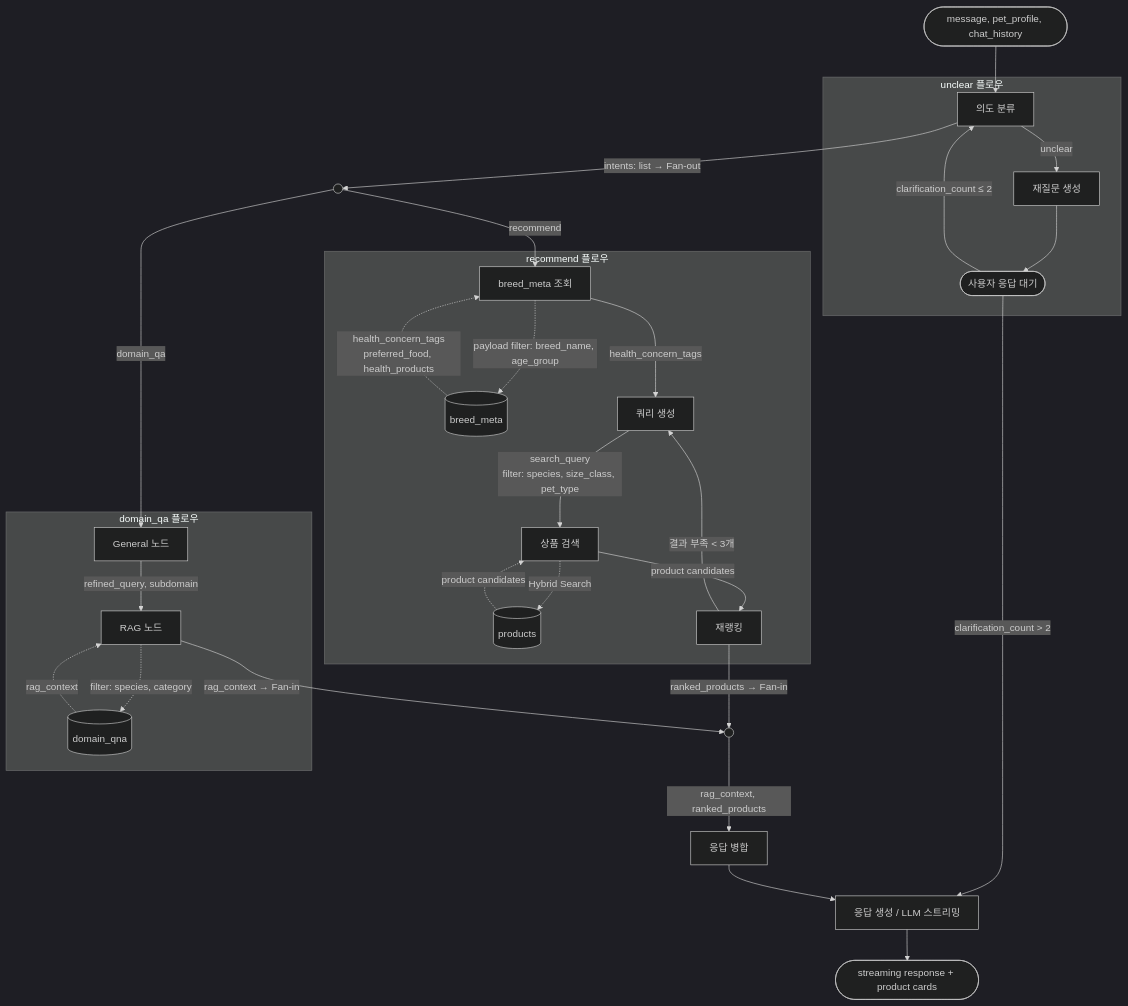
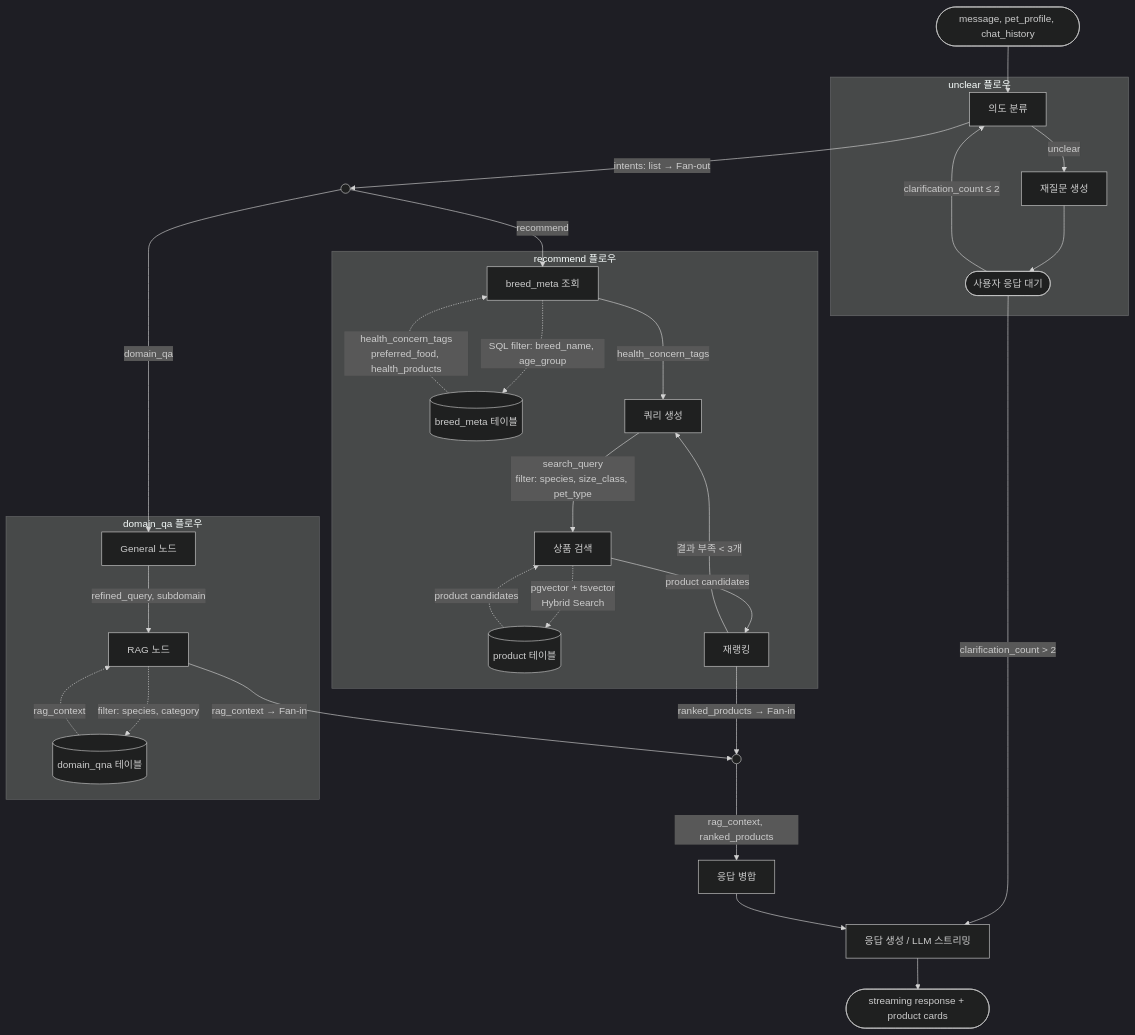
One commit to skn-ai22-251029/SKN22-Final-2Team-WEB changed the diagram in docs/planning/07_recommendation_architecture.md. Above: the diagram before and after it, drawn with Mermaid (dark theme). The commit also changed other lines of this file and 13 other files, not shown here.

First line of the commit message:
feat(products): Qdrant → pgvector 마이그레이션 — Dense + Kiwi tsvector Hybrid Search

````diff
--- a/docs/planning/07_recommendation_architecture.md
+++ b/docs/planning/07_recommendation_architecture.md
@@ -59,44 +59,44 @@
 ```mermaid
 flowchart TD
     START(["message, pet_profile, chat_history"]) --> INTENT
 
     INTENT[의도 분류]
     INTENT -->|"intents: list → Fan-out"| FORK(( ))
     INTENT -->|unclear| CLARIFY
 
     FORK -->|domain_qa| GENERAL
     FORK -->|recommend| PROFILE
 
     subgraph domain_qa 플로우
         GENERAL[General 노드]
         GENERAL -->|"refined_query, subdomain"| RAG[RAG 노드]
-        RAG -.->|"filter: species, category"| QNA[(domain_qna)]
+        RAG -.->|"filter: species, category"| QNA[(domain_qna 테이블)]
         QNA -.->|"rag_context"| RAG
     end
 
     subgraph recommend 플로우
         PROFILE[breed_meta 조회]
-        PROFILE -.->|"payload filter: breed_name, age_group"| BREED[(breed_meta)]
+        PROFILE -.->|"SQL filter: breed_name, age_group"| BREED[(breed_meta 테이블)]
         BREED -.->|"health_concern_tags<br>preferred_food, health_products"| PROFILE
         PROFILE -->|"health_concern_tags"| QUERY[쿼리 생성]
         QUERY -->|"search_query<br>filter: species, size_class, pet_type"| SEARCH[상품 검색]
-        SEARCH -.->|Hybrid Search| PRODUCTS[(products)]
+        SEARCH -.->|"pgvector + tsvector\nHybrid Search"| PRODUCTS[(product 테이블)]
         PRODUCTS -.->|"product candidates"| SEARCH
         SEARCH -->|"product candidates"| RERANK[재랭킹]
         RERANK -->|"결과 부족 < 3개"| QUERY
     end
 
     subgraph unclear 플로우
         CLARIFY[재질문 생성] --> WAIT([사용자 응답 대기])
         WAIT -->|"clarification_count ≤ 2"| INTENT
     end
 
     RAG -->|"rag_context → Fan-in"| JOIN(( ))
     RERANK -->|"ranked_products → Fan-in"| JOIN
     JOIN -->|"rag_context, ranked_products"| MERGE
 
     WAIT -->|"clarification_count > 2"| RESPOND
 
     MERGE[응답 병합] --> RESPOND[응답 생성 / LLM 스트리밍]
     RESPOND --> END(["streaming response + product cards"])
 ```
````
